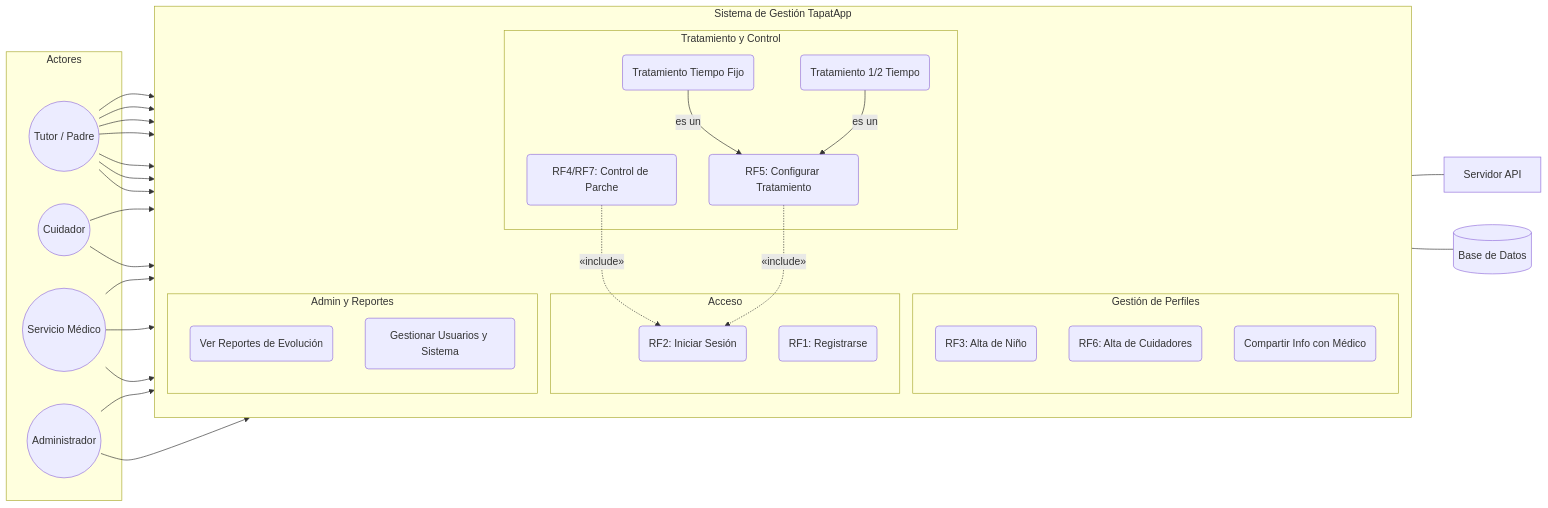
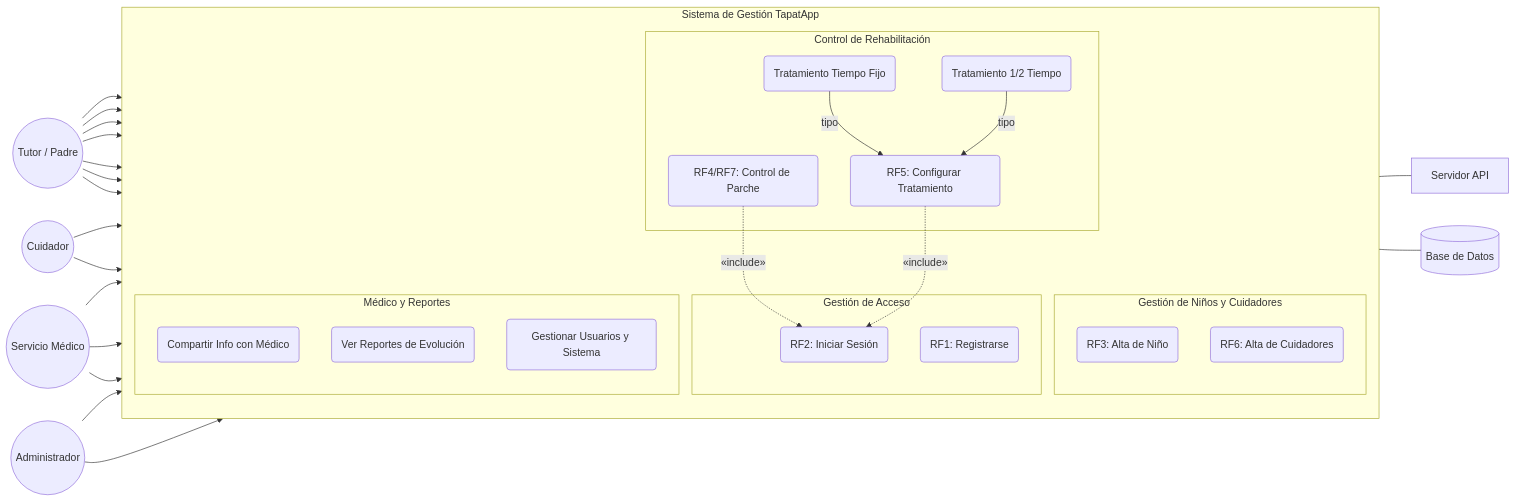
The diagram in prototipo3/Diagramas_Secuencia/Diagrama_CasosDeUso.mermaid (DrMack97/entornos-de-desenvolupament), drawn with Mermaid before and after one commit.

Commit message:
ordenado

```diff
--- a/prototipo3/Diagramas_Secuencia/Diagrama_CasosDeUso.mermaid
+++ b/prototipo3/Diagramas_Secuencia/Diagrama_CasosDeUso.mermaid
@@ -1,79 +1,69 @@
 graph LR
-    %% Actores Principales (Lado Izquierdo)
-    subgraph Actores
-        Tutor((Tutor / Padre))
-        Cuidador((Cuidador))
-        Medico((Servicio Médico))
-        Admin((Administrador))
-    end
+    %% Actores Principales (Izquierda)
+    Tutor((Tutor / Padre))
+    Cuidador((Cuidador))
+    Medico((Servicio Médico))
 
     subgraph Sistema_TapatApp [Sistema de Gestión TapatApp]
         direction TB
         
-        %% Módulo de Acceso
-        subgraph Modulo_Acceso [Acceso]
+        subgraph Acceso [Gestión de Acceso]
             UC_REG("RF1: Registrarse")
             UC_LOG("RF2: Iniciar Sesión")
         end
 
-        %% Módulo de Gestión
-        subgraph Modulo_Gestion [Gestión de Perfiles]
+        subgraph Gestion_Pacientes [Gestión de Niños y Cuidadores]
             UC_ALTA_N("RF3: Alta de Niño")
             UC_ALTA_C("RF6: Alta de Cuidadores")
-            UC_SHARE("Compartir Info con Médico")
         end
 
-        %% Módulo de Tratamiento (Core)
-        subgraph Modulo_Core [Tratamiento y Control]
+        subgraph Tratamiento [Control de Rehabilitación]
             UC_CONF_T("RF5: Configurar Tratamiento")
-            UC_CTRL_P("RF4/RF7: Control de Parche")
-            
-            %% Especializaciones
             UC_T_FIJO("Tratamiento Tiempo Fijo")
             UC_T_MITAD("Tratamiento 1/2 Tiempo")
+            UC_CTRL_P("RF4/RF7: Control de Parche")
         end
 
-        %% Módulo Administrativo y Reportes
-        subgraph Modulo_Admin [Admin y Reportes]
+        subgraph Seguimiento [Médico y Reportes]
+            UC_SHARE("Compartir Info con Médico")
             UC_REP("Ver Reportes de Evolución")
             UC_G_SIS("Gestionar Usuarios y Sistema")
         end
     end
 
-    %% Actores Secundarios / Sistemas (Lado Derecho)
+    %% Actores de Gestión y Soporte (Derecha)
+    Admin((Administrador))
     Servidor[Servidor API]
     BBDD[(Base de Datos)]
 
-    %% --- RELACIONES ---
-
-    %% Tutor: Acceso total a su flujo
+    %% Relaciones Lógicas: Tutor
     Tutor --> UC_REG
     Tutor --> UC_LOG
     Tutor --> UC_ALTA_N
     Tutor --> UC_ALTA_C
+    Tutor --> UC_CTRL_P
     Tutor --> UC_CONF_T
-    Tutor --> UC_CTRL_P
     Tutor --> UC_SHARE
 
-    %% Cuidador: Solo log y control
+    %% Relaciones Lógicas: Cuidador
     Cuidador --> UC_LOG
     Cuidador --> UC_CTRL_P
 
-    %% Médico: Supervisión
+    %% Relaciones Lógicas: Medico
     Medico --> UC_LOG
     Medico --> UC_SHARE
     Medico --> UC_REP
 
-    %% Admin: Gestión total
+    %% Relaciones Lógicas: Admin
     Admin --> UC_LOG
     Admin --> UC_G_SIS
 
-    %% Lógica Interna (Includes y Tipos)
+    %% Dependencias Técnicas (Includes y Flujos)
     UC_CTRL_P -. "«include»" .-> UC_LOG
     UC_CONF_T -. "«include»" .-> UC_LOG
-    UC_T_FIJO -- "es un" --> UC_CONF_T
-    UC_T_MITAD -- "es un" --> UC_CONF_T
+    UC_T_FIJO -- "tipo" --> UC_CONF_T
+    UC_T_MITAD -- "tipo" --> UC_CONF_T
 
-    %% Conexiones Técnicas
+    %% Interacción con Sistemas
     UC_LOG --- Servidor
     UC_CTRL_P --- BBDD
```
